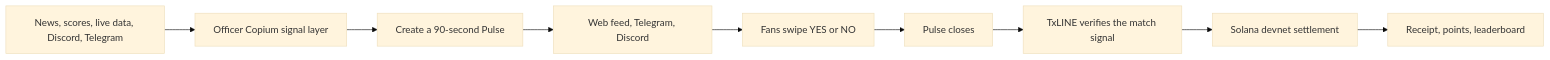
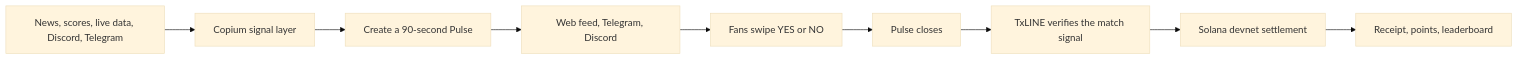
One commit to arko05roy/copium-fun changed the first of 2 diagrams in README.md. Above: the diagram before and after it, drawn with Mermaid (base theme). The commit also changed other lines of this file, not shown here.

````diff
--- a/README.md
+++ b/README.md
@@ -106,11 +106,11 @@
 ```mermaid
 flowchart LR
-    A[News, scores, live data, Discord, Telegram] --> B[Officer Copium signal layer]
+    A[News, scores, live data, Discord, Telegram] --> B[Copium signal layer]
     B --> C[Create a 90-second Pulse]
     C --> D[Web feed, Telegram, Discord]
     D --> E[Fans swipe YES or NO]
     E --> F[Pulse closes]
     F --> G[TxLINE verifies the match signal]
     G --> H[Solana devnet settlement]
     H --> I[Receipt, points, leaderboard]
 ```
````
